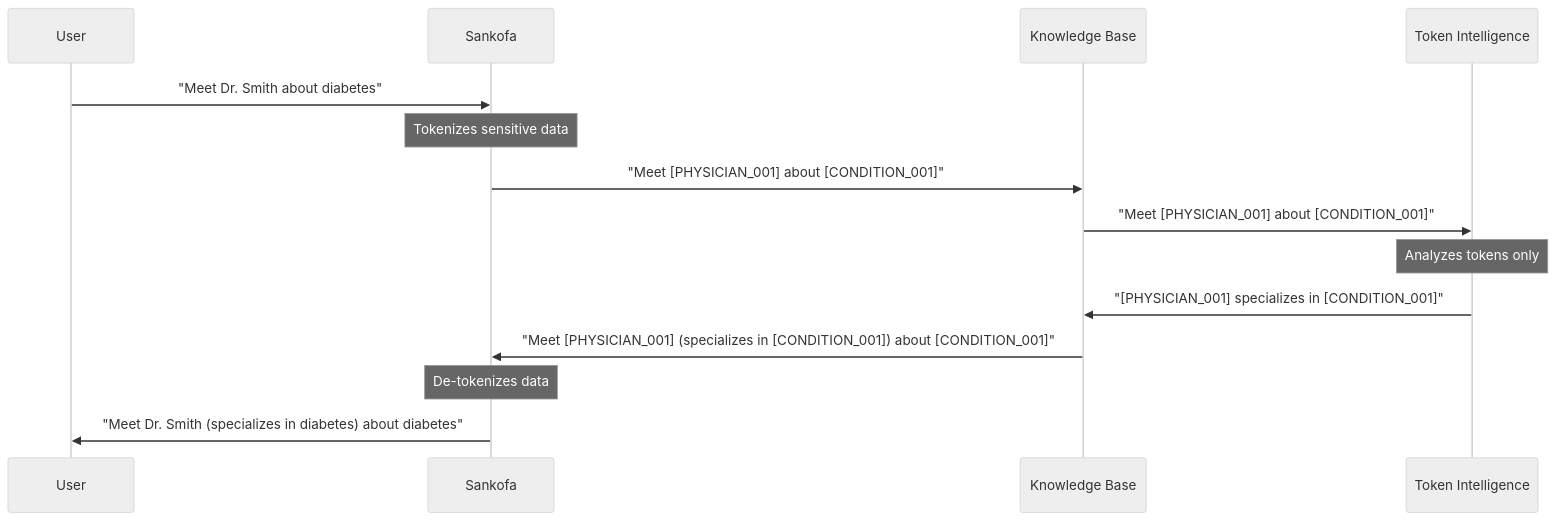
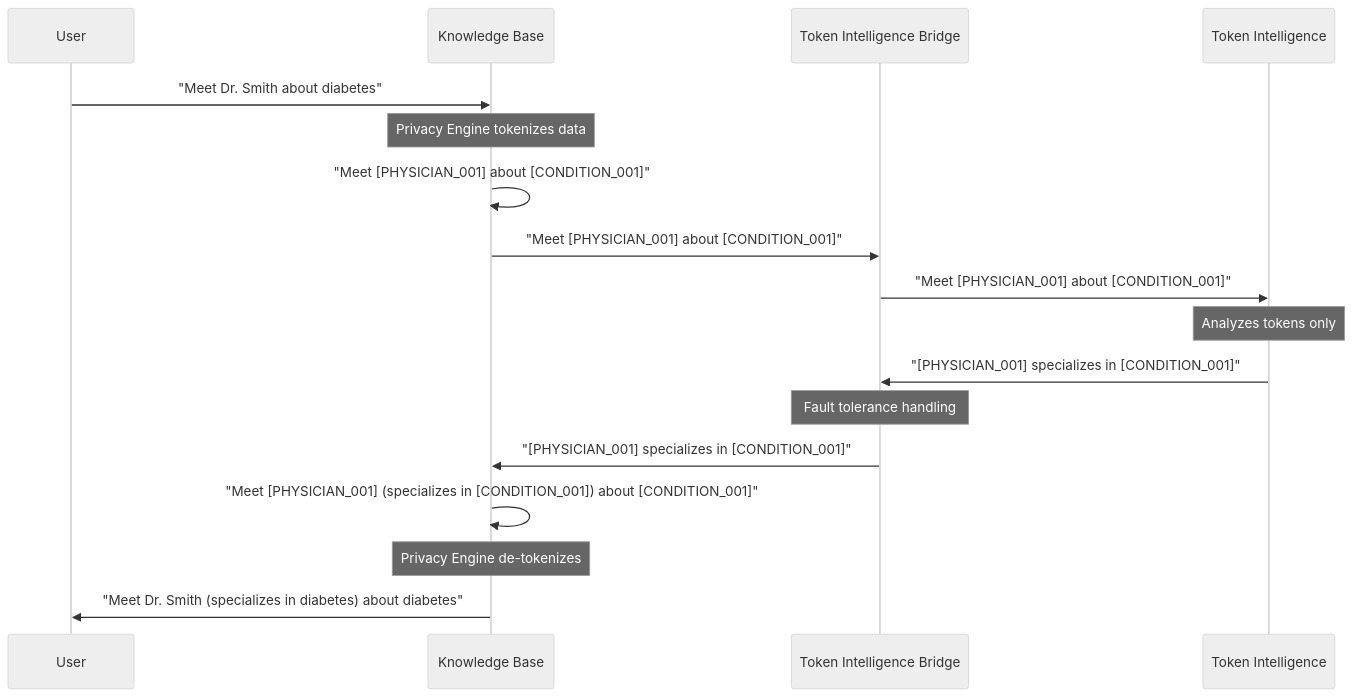
One commit to taiscoding/knowledge-base-system changed the second of 2 diagrams in docs/privacy_design.md. Above: the diagram before and after it, drawn with Mermaid (neutral theme). The commit also changed other lines of this file and 2 other files, not shown here.

Commit message:
Update documentation to reflect integrated privacy approach

````diff
--- a/docs/privacy_design.md
+++ b/docs/privacy_design.md
@@ -107,12 +113,15 @@
 ```mermaid
 sequenceDiagram
-    User->>Sankofa: "Meet Dr. Smith about diabetes"
-    Note over Sankofa: Tokenizes sensitive data
-    Sankofa->>Knowledge Base: "Meet [PHYSICIAN_001] about [CONDITION_001]"
-    Knowledge Base->>Token Intelligence: "Meet [PHYSICIAN_001] about [CONDITION_001]"
+    User->>Knowledge Base: "Meet Dr. Smith about diabetes"
+    Note over Knowledge Base: Privacy Engine tokenizes data
+    Knowledge Base->>Knowledge Base: "Meet [PHYSICIAN_001] about [CONDITION_001]"
+    Knowledge Base->>Token Intelligence Bridge: "Meet [PHYSICIAN_001] about [CONDITION_001]"
+    Token Intelligence Bridge->>Token Intelligence: "Meet [PHYSICIAN_001] about [CONDITION_001]"
     Note over Token Intelligence: Analyzes tokens only
-    Token Intelligence->>Knowledge Base: "[PHYSICIAN_001] specializes in [CONDITION_001]"
-    Knowledge Base->>Sankofa: "Meet [PHYSICIAN_001] (specializes in [CONDITION_001]) about [CONDITION_001]"
-    Note over Sankofa: De-tokenizes data
-    Sankofa->>User: "Meet Dr. Smith (specializes in diabetes) about diabetes"
+    Token Intelligence->>Token Intelligence Bridge: "[PHYSICIAN_001] specializes in [CONDITION_001]"
+    Note over Token Intelligence Bridge: Fault tolerance handling
+    Token Intelligence Bridge->>Knowledge Base: "[PHYSICIAN_001] specializes in [CONDITION_001]"
+    Knowledge Base->>Knowledge Base: "Meet [PHYSICIAN_001] (specializes in [CONDITION_001]) about [CONDITION_001]"
+    Note over Knowledge Base: Privacy Engine de-tokenizes
+    Knowledge Base->>User: "Meet Dr. Smith (specializes in diabetes) about diabetes"
 ```
````
